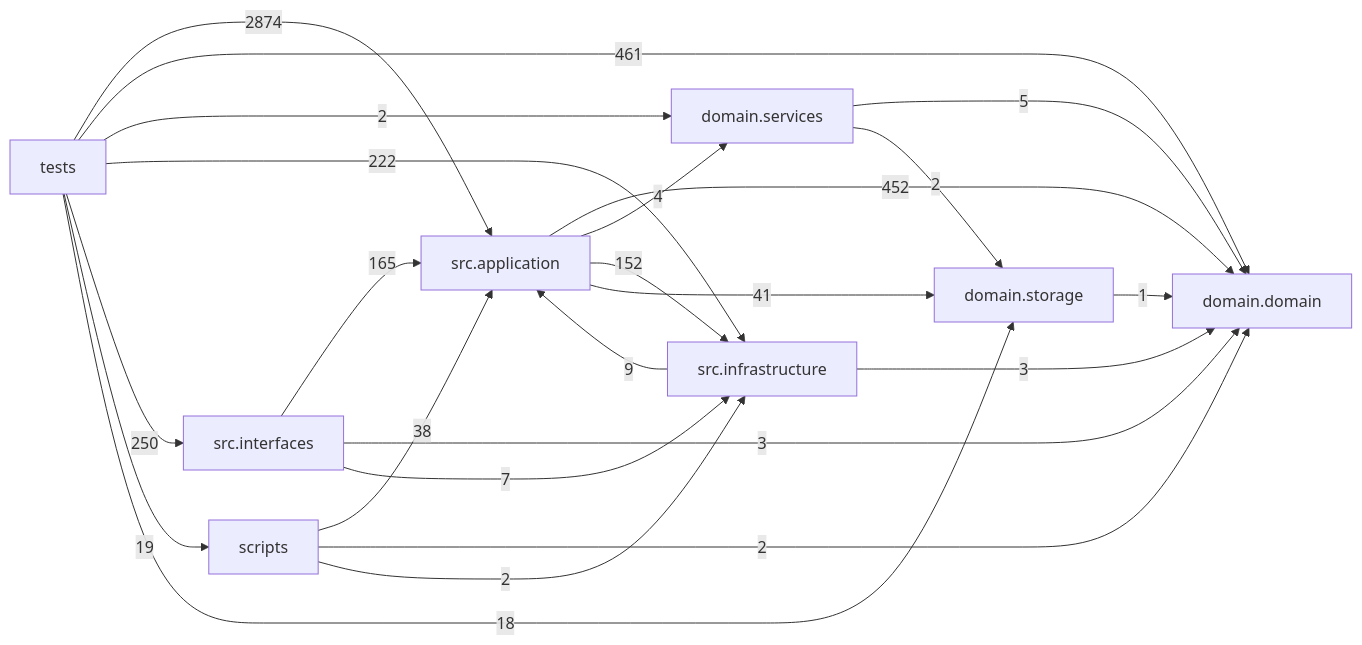
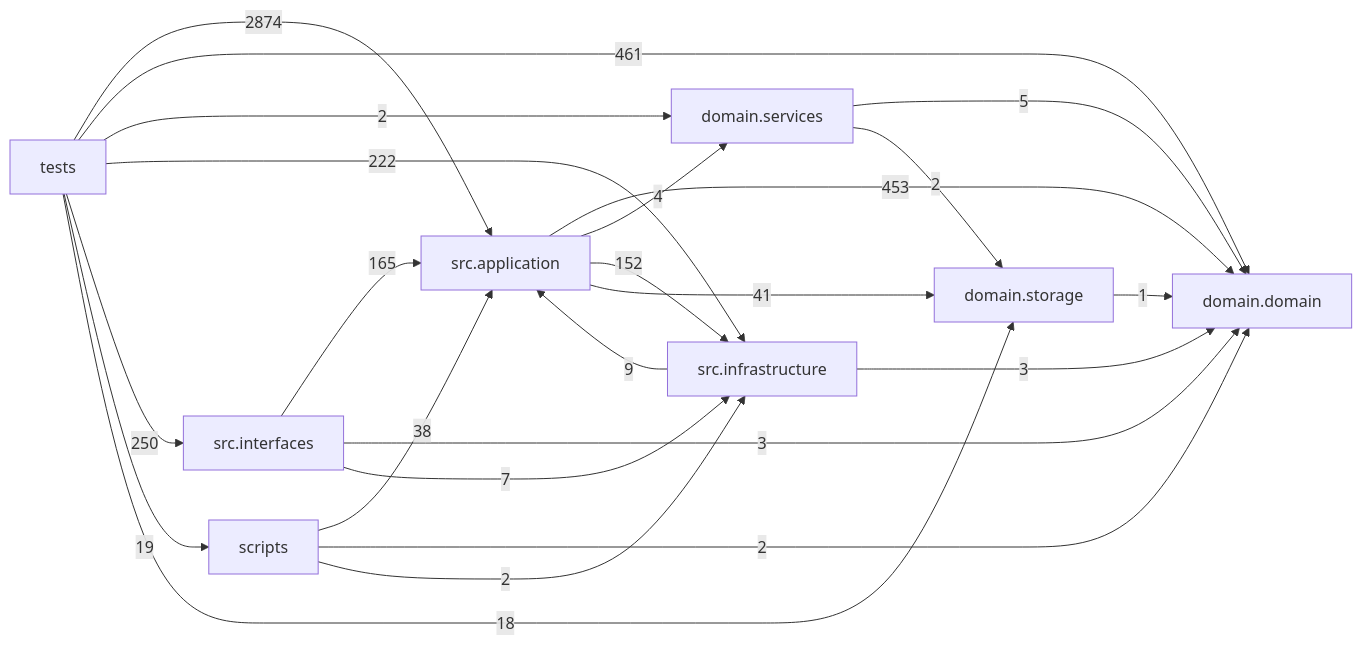
Before and after one commit to liuxie066/options-monitor: the diagram in docs/DEPENDENCY_GRAPH.md, drawn with Mermaid. The commit also changed other lines of this file and 1 other file, not shown here.

Commit message:
docs(repo): refresh dependency graph

````diff
--- a/docs/DEPENDENCY_GRAPH.md
+++ b/docs/DEPENDENCY_GRAPH.md
@@ -24,33 +24,33 @@
 ```mermaid
 flowchart LR
   tests["tests"]
   scripts["scripts"]
   interfaces["src.interfaces"]
   application["src.application"]
   infrastructure["src.infrastructure"]
   domain_services["domain.services"]
   domain["domain.domain"]
   storage["domain.storage"]
-  application -->|452| domain
+  application -->|453| domain
   application -->|4| domain_services
   application -->|152| infrastructure
   application -->|41| storage
   domain_services -->|5| domain
   domain_services -->|2| storage
   infrastructure -->|9| application
   infrastructure -->|3| domain
   interfaces -->|165| application
   interfaces -->|3| domain
   interfaces -->|7| infrastructure
   scripts -->|38| application
   scripts -->|2| domain
   scripts -->|2| infrastructure
   storage -->|1| domain
   tests -->|2874| application
   tests -->|461| domain
   tests -->|2| domain_services
   tests -->|222| infrastructure
   tests -->|250| interfaces
   tests -->|19| scripts
   tests -->|18| storage
 ```
````
